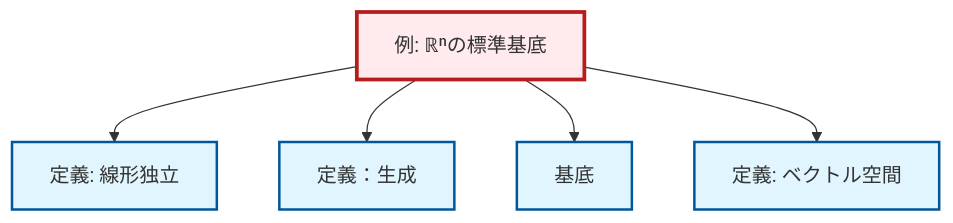
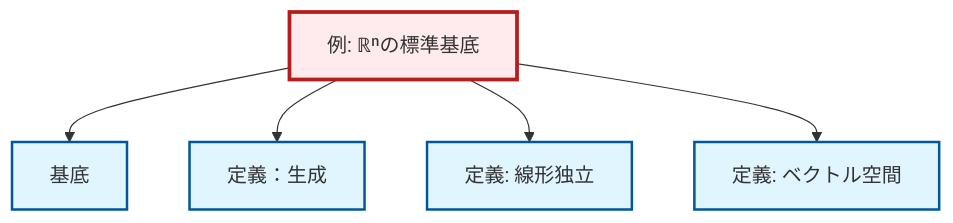
Before and after one commit to RK0429/ModernMath: the diagram in content/ja/algebra/ex-standard-basis-rn.qmd, drawn with Mermaid. The commit also changed other lines of this file and 328 other files, not shown here.

````diff
--- a/content/ja/algebra/ex-standard-basis-rn.qmd
+++ b/content/ja/algebra/ex-standard-basis-rn.qmd
@@ -59,23 +60,23 @@
 ```{mermaid}
 %%| fig-cap: "ローカル依存関係グラフ"
 graph TD
     classDef definition fill:#e1f5fe,stroke:#01579b,stroke-width:2px
     classDef theorem fill:#f3e5f5,stroke:#4a148c,stroke-width:2px
     classDef axiom fill:#fff3e0,stroke:#e65100,stroke-width:2px
     classDef example fill:#e8f5e9,stroke:#1b5e20,stroke-width:2px
     classDef current fill:#ffebee,stroke:#b71c1c,stroke-width:3px
-    def-span["定義：生成"]:::definition
+    def-basis["基底"]:::definition
+    def-vector-space["定義: ベクトル空間"]:::definition
     def-linear-independence["定義: 線形独立"]:::definition
     ex-standard-basis-rn["例: ℝⁿの標準基底"]:::example
-    def-vector-space["定義: ベクトル空間"]:::definition
-    def-basis["基底"]:::definition
+    def-span["定義：生成"]:::definition
+    ex-standard-basis-rn --> def-basis
+    ex-standard-basis-rn --> def-span
     ex-standard-basis-rn --> def-linear-independence
-    ex-standard-basis-rn --> def-span
-    ex-standard-basis-rn --> def-basis
     ex-standard-basis-rn --> def-vector-space
     class ex-standard-basis-rn current
+    click def-basis "def-basis.html" "基底へ"
+    click def-vector-space "def-vector-space.html" "ベクトル空間の定義へ"
+    click def-linear-independence "def-linear-independence.html" "線形独立の定義へ"
     click def-span "def-span.html" "定義：生成へ"
-    click def-linear-independence "def-linear-independence.html" "線形独立の定義へ"
-    click def-vector-space "def-vector-space.html" "ベクトル空間の定義へ"
-    click def-basis "def-basis.html" "基底へ"
 ```
````
